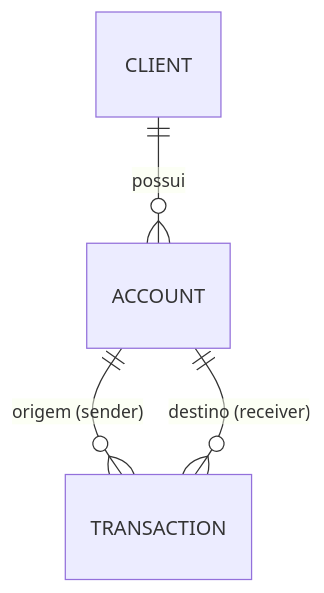
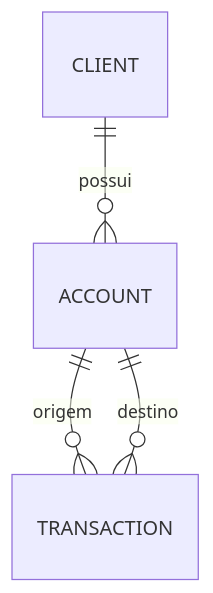
Before and after one commit to VictorCharro/fulls-bank-java-spring: the second of 2 diagrams in README.md, drawn with Mermaid. The commit also changed other lines of this file and 1 other file, not shown here.

````diff
--- a/README.md
+++ b/README.md
@@ -113,6 +86,6 @@
 ```mermaid
 erDiagram
     CLIENT ||--o{ ACCOUNT : possui
-    ACCOUNT ||--o{ TRANSACTION : "origem (sender)"
-    ACCOUNT ||--o{ TRANSACTION : "destino (receiver)"
+    ACCOUNT ||--o{ TRANSACTION : "origem"
+    ACCOUNT ||--o{ TRANSACTION : "destino"
 ```
````
